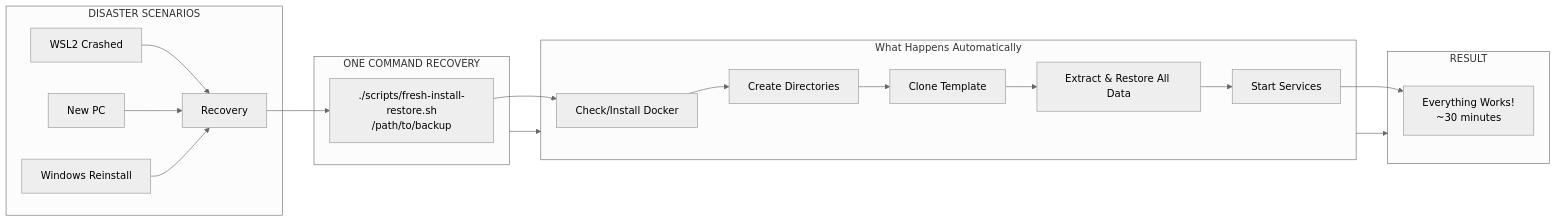
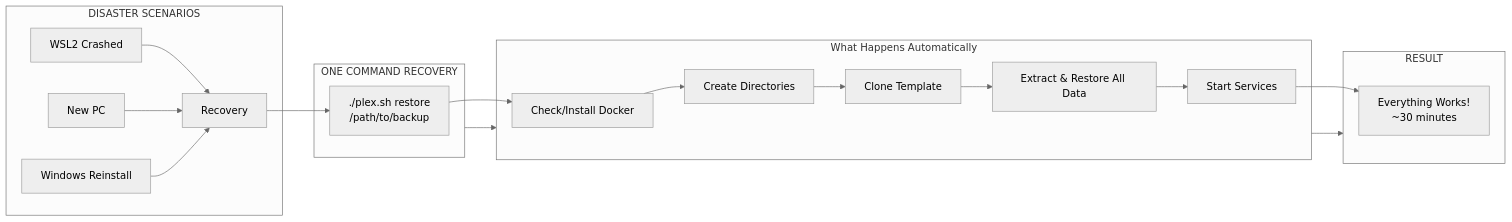
Before and after one commit to manishgant/plex-wsl-setup: the sixth of 7 diagrams in README.md, drawn with Mermaid (neutral theme). The commit also changed other lines of this file, not shown here.

Commit message:
docs: Update README with new script paths and plex.sh usage

````diff
--- a/README.md
+++ b/README.md
@@ -363,27 +363,27 @@
 ```mermaid
 flowchart LR
     subgraph Disaster["DISASTER SCENARIOS"]
         A[WSL2 Crashed] --> R[Recovery]
         B[New PC] --> R
         C[Windows Reinstall] --> R
     end
     
     subgraph Recovery["ONE COMMAND RECOVERY"]
-        R --> Cmd[./scripts/fresh-install-restore.sh<br/>/path/to/backup]
+        R --> Cmd[./plex.sh restore<br/>/path/to/backup]
     end
     
     subgraph WhatHappens["What Happens Automatically"]
         Cmd --> Prereq[Check/Install Docker]
         Prereq --> Setup[Create Directories]
         Setup --> Clone[Clone Template]
         Clone --> Restore[Extract & Restore All Data]
         Restore --> Start[Start Services]
     end
     
     subgraph Result["RESULT"]
         Start --> Done[Everything Works!<br/>~30 minutes]
     end
     
     Recovery --> WhatHappens
     WhatHappens --> Result
 ```
````
